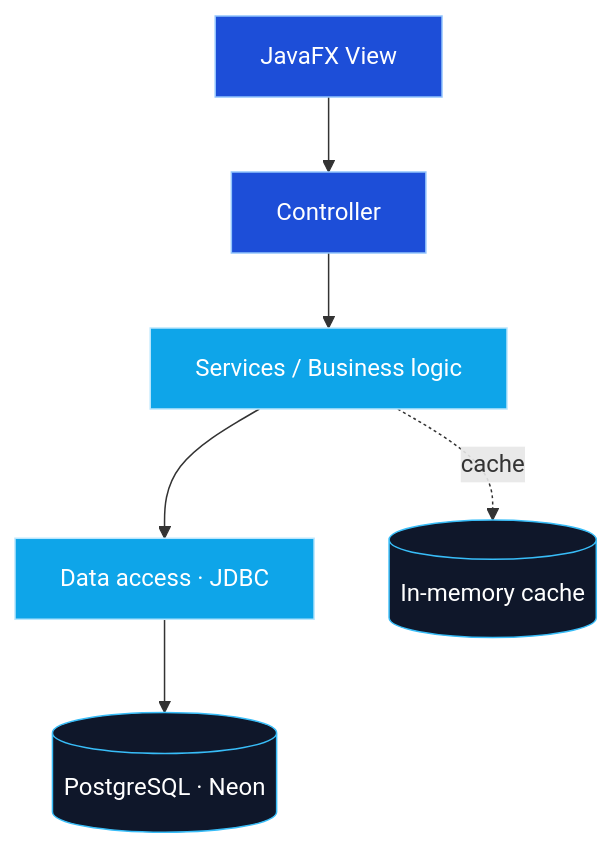
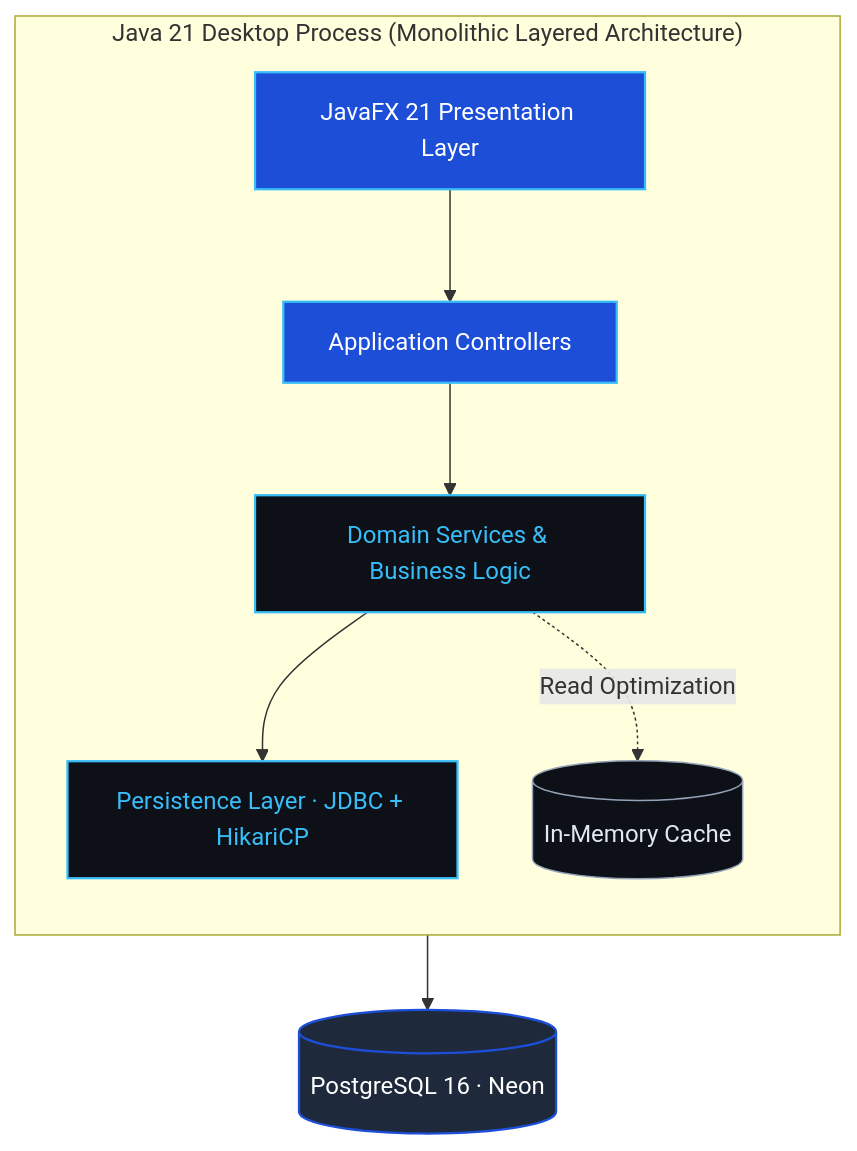
One commit to Mateosalazar543/Mateosalazar543 changed the diagram in README.md. Above: the diagram before and after it, drawn with Mermaid. The commit also changed other lines of this file, not shown here.

````diff
--- a/README.md
+++ b/README.md
@@ -145,12 +163,17 @@
 ```mermaid
 flowchart TB
-    A[JavaFX View]:::ui --> B[Controller]:::ui
-    B --> C[Services / Business logic]:::logic
-    C --> D[Data access · JDBC]:::logic
-    D --> E[(PostgreSQL · Neon)]:::data
-    C -. cache .-> F[(In-memory cache)]:::data
+    subgraph Client_Process["Java 21 Desktop Process (Monolithic Layered Architecture)"]
+        direction TB
+        A["JavaFX 21 Presentation Layer"]:::ui --> B["Application Controllers"]:::ui
+        B --> C["Domain Services & Business Logic"]:::logic
+        C --> D["Persistence Layer · JDBC + HikariCP"]:::logic
+        C -. "Read Optimization" .-> F[("In-Memory Cache")]:::cache
+    end
 
-    classDef ui fill:#1D4ED8,stroke:#93C5FD,color:#ffffff
-    classDef logic fill:#0EA5E9,stroke:#BAE6FD,color:#ffffff
-    classDef data fill:#0F172A,stroke:#38BDF8,color:#ffffff
+    D --> E[("PostgreSQL 16 · Neon")]:::data
+
+    classDef ui fill:#1D4ED8,stroke:#38BDF8,color:#FFFFFF,stroke-width:1.5px
+    classDef logic fill:#0D1117,stroke:#38BDF8,color:#38BDF8,stroke-width:1.5px
+    classDef data fill:#1E293B,stroke:#1D4ED8,color:#FFFFFF,stroke-width:1.5px
+    classDef cache fill:#0D1117,stroke:#94A3B8,color:#E2E8F0,stroke-width:1px
 ```
````
